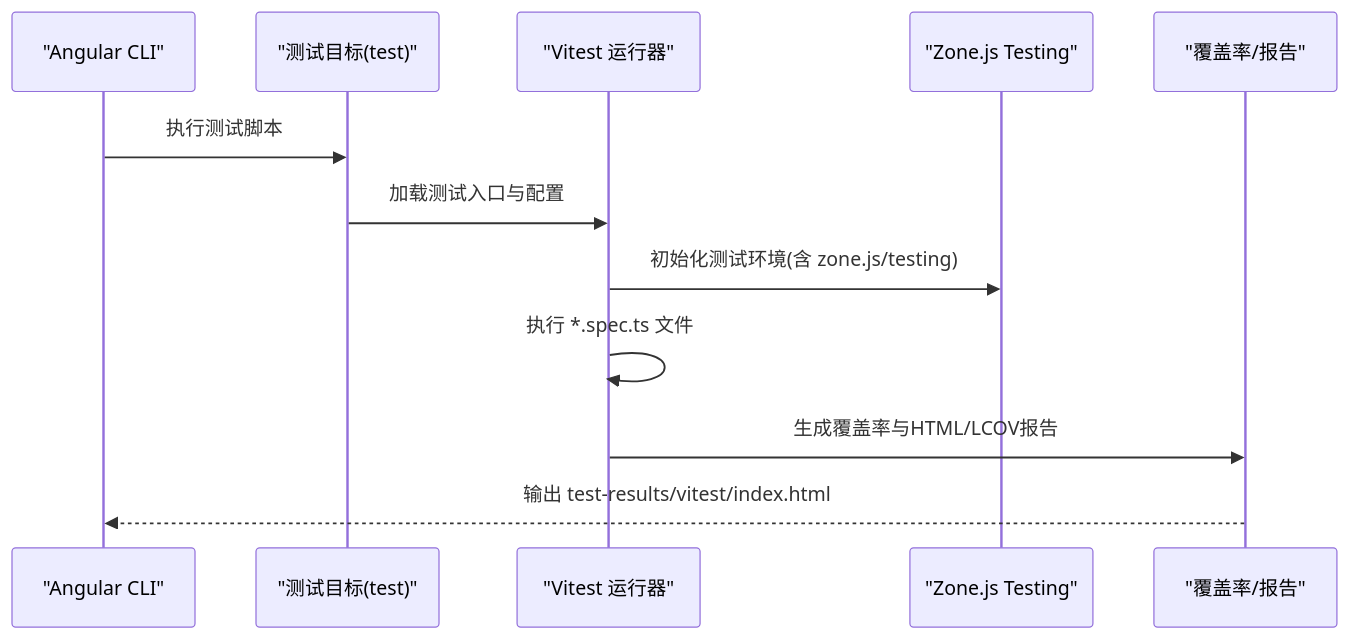
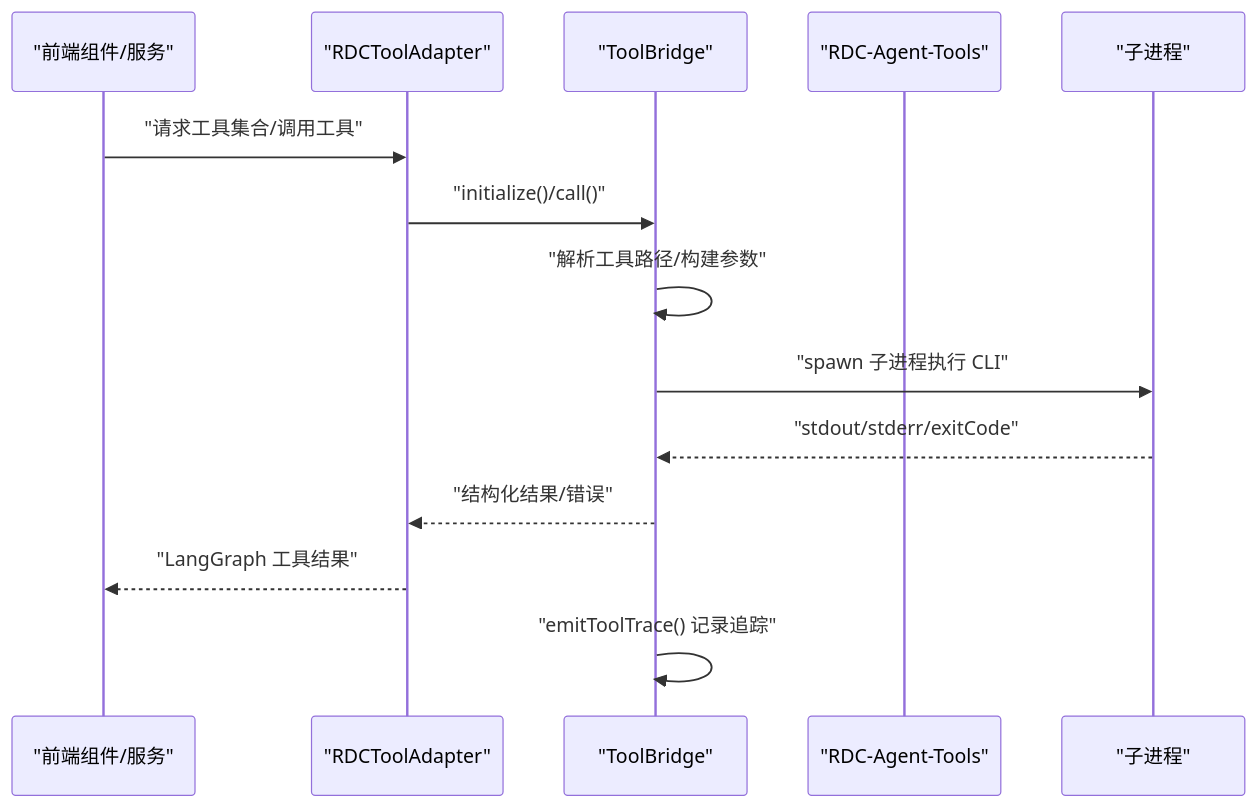
The second of 3 diagrams in .qoder/repowiki/zh/content/测试策略/单元测试.md (haolange/RDC-Agent), drawn with Mermaid before and after one commit. The commit also changed other lines of this file and 84 other files, not shown here.

````diff
--- a/.qoder/repowiki/zh/content/测试策略/单元测试.md
+++ b/.qoder/repowiki/zh/content/测试策略/单元测试.md
@@ -84,14 +88,16 @@
 ```mermaid
 sequenceDiagram
-participant CLI as "Angular CLI"
-participant TestTarget as "测试目标(test)"
-participant Vitest as "Vitest 运行器"
-participant Zone as "Zone.js Testing"
-participant Report as "覆盖率/报告"
-CLI->>TestTarget : 执行测试脚本
-TestTarget->>Vitest : 加载测试入口与配置
-Vitest->>Zone : 初始化测试环境(含 zone.js/testing)
-Vitest->>Vitest : 执行 *.spec.ts 文件
-Vitest->>Report : 生成覆盖率与HTML/LCOV报告
-Report-->>CLI : 输出 test-results/vitest/index.html
+participant UI as "前端组件/服务"
+participant Adapter as "RDCToolAdapter"
+participant Bridge as "ToolBridge"
+participant Tools as "RDC-Agent-Tools"
+participant Proc as "子进程"
+UI->>Adapter : "请求工具集合/调用工具"
+Adapter->>Bridge : "initialize()/call()"
+Bridge->>Bridge : "解析工具路径/构建参数"
+Bridge->>Proc : "spawn 子进程执行 CLI"
+Proc-->>Bridge : "stdout/stderr/exitCode"
+Bridge-->>Adapter : "结构化结果/错误"
+Adapter-->>UI : "LangGraph 工具结果"
+Bridge->>Bridge : "emitToolTrace() 记录追踪"
 ```
````
